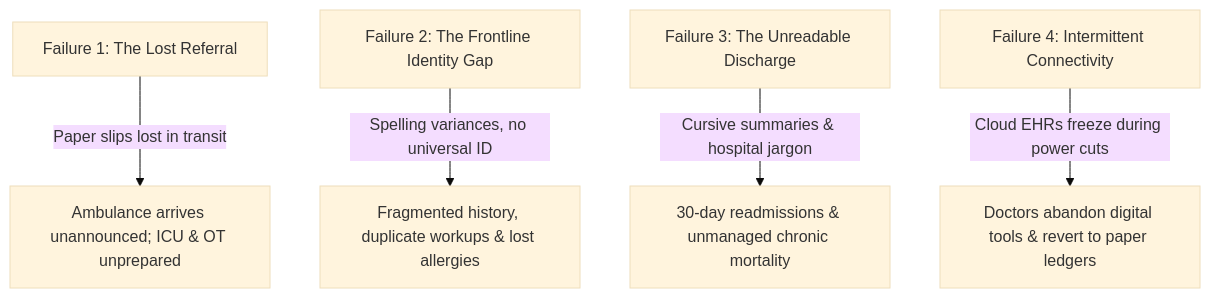
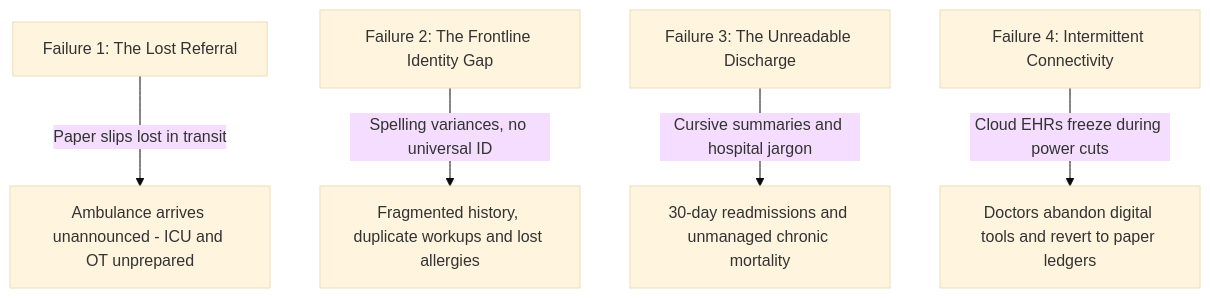
One commit to aniketvishwakarma-11/Swastyasetu changed the first of 2 diagrams in README.md. Above: the diagram before and after it, drawn with Mermaid (base theme). The commit also changed other lines of this file, not shown here.

Commit message:
fix(docs): fix Mermaid sequenceDiagram and flowchart syntax to resolve GitHub markdown render error

````diff
--- a/README.md
+++ b/README.md
@@ -36,7 +36,7 @@
 ```mermaid
 flowchart TD
-    A["Failure 1: The Lost Referral"] -->|Paper slips lost in transit| E["Ambulance arrives unannounced; ICU & OT unprepared"]
-    B["Failure 2: The Frontline Identity Gap"] -->|Spelling variances, no universal ID| F["Fragmented history, duplicate workups & lost allergies"]
-    C["Failure 3: The Unreadable Discharge"] -->|Cursive summaries & hospital jargon| G["30-day readmissions & unmanaged chronic mortality"]
-    D["Failure 4: Intermittent Connectivity"] -->|Cloud EHRs freeze during power cuts| H["Doctors abandon digital tools & revert to paper ledgers"]
+    A["Failure 1: The Lost Referral"] -->|Paper slips lost in transit| E["Ambulance arrives unannounced - ICU and OT unprepared"]
+    B["Failure 2: The Frontline Identity Gap"] -->|Spelling variances, no universal ID| F["Fragmented history, duplicate workups and lost allergies"]
+    C["Failure 3: The Unreadable Discharge"] -->|Cursive summaries and hospital jargon| G["30-day readmissions and unmanaged chronic mortality"]
+    D["Failure 4: Intermittent Connectivity"] -->|Cloud EHRs freeze during power cuts| H["Doctors abandon digital tools and revert to paper ledgers"]
 ```
````
